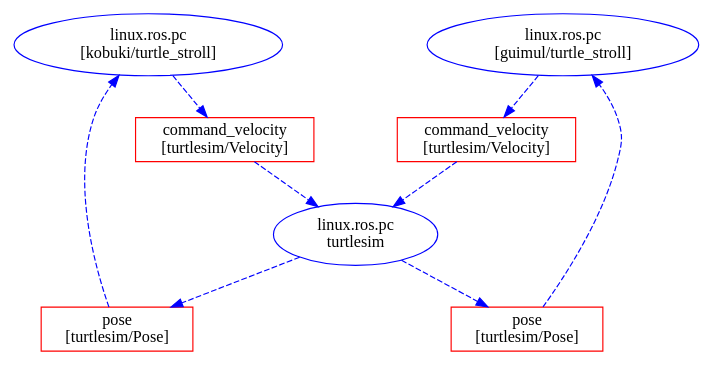
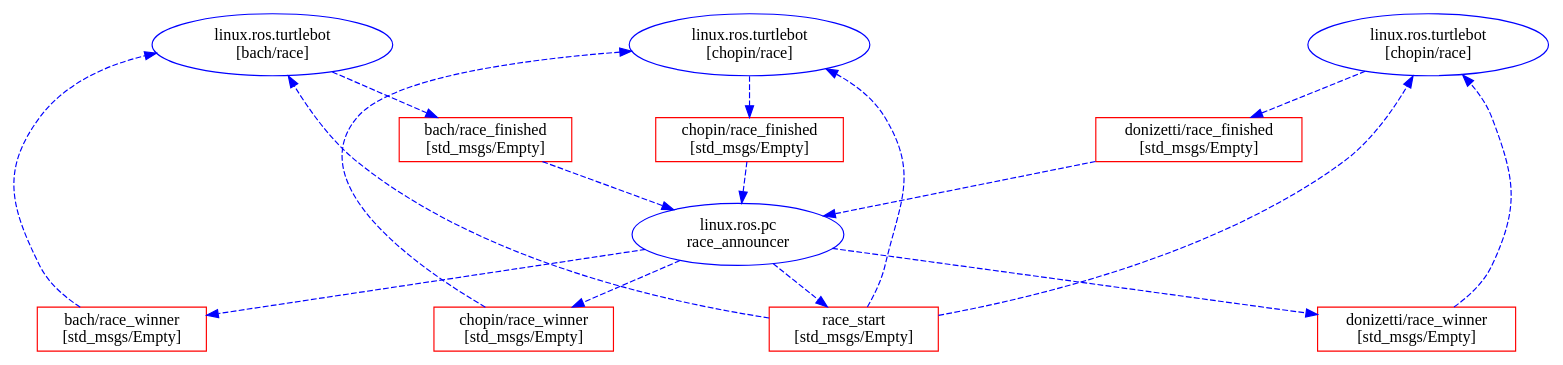
One commit to robotics-in-concert/rocon_tutorials changed the diagram in turtle_race_concert/orchestration/implementation.dot. Above: the diagram before and after it, drawn with Graphviz. The commit also changed 24 other files, not shown here.

Commit message:
turtle_race_concert mostly working - just need to squash a bad subscriber bug.

```diff
--- a/turtle_race_concert/orchestration/implementation.dot
+++ b/turtle_race_concert/orchestration/implementation.dot
@@ -1,33 +1,42 @@
 digraph hierarchy {
 
 	nodesep=1.0 // increases the separation between nodes
 
 	node [color=Red]
 	edge [color=Blue, style=dashed] //setup options
 
     // concert clients
-    kobuki [color=blue, shape=ellipse, label="linux.ros.pc\n[kobuki/turtle_stroll]"]
-    guimul [color=blue, shape=ellipse, label="linux.ros.pc\n[guimul/turtle_stroll]"]
-    turtlesim [color=blue, shape=ellipse, label="linux.ros.pc\nturtlesim"]
+    bach [color=blue, shape=ellipse, label="linux.ros.turtlebot\n[bach/race]"]
+    chopin [color=blue, shape=ellipse, label="linux.ros.turtlebot\n[chopin/race]"]
+    donizetti [color=blue, shape=ellipse, label="linux.ros.turtlebot\n[chopin/race]"]
+    announcer [color=blue, shape=ellipse, label="linux.ros.pc\nrace_announcer"]
  
     // topics
-    kobuki_pose [color=red, shape=box, label="pose\n[turtlesim/Pose]"]
-    kobuki_command_velocity [color=red, shape=box, label="command_velocity\n[turtlesim/Velocity]"]
-    guimul_pose [color=red, shape=box, label="pose\n[turtlesim/Pose]"]
-    guimul_command_velocity [color=red, shape=box, label="command_velocity\n[turtlesim/Velocity]"]
+    race_start [color=red, shape=box, label="race_start\n[std_msgs/Empty]"]
+    bach_race_finished [color=red, shape=box, label="bach/race_finished\n[std_msgs/Empty]"]
+    chopin_race_finished [color=red, shape=box, label="chopin/race_finished\n[std_msgs/Empty]"]
+    donizetti_race_finished [color=red, shape=box, label="donizetti/race_finished\n[std_msgs/Empty]"]
+    bach_race_winner [color=red, shape=box, label="bach/race_winner\n[std_msgs/Empty]"]
+    chopin_race_winner [color=red, shape=box, label="chopin/race_winner\n[std_msgs/Empty]"]
+    donizetti_race_winner [color=red, shape=box, label="donizetti/race_winner\n[std_msgs/Empty]"]
     
     // links
-	{rank = same; kobuki guimul }
+	{rank = same; bach chopin donizetti }
 	//{rank = same; clear_cmd_list set_cmd_list recognized_cmd}
-	kobuki->{ kobuki_command_velocity }
-    guimul->{ guimul_command_velocity }
-    kobuki_command_velocity->turtlesim
-    guimul_command_velocity->turtlesim
-    turtlesim->kobuki_pose
-    turtlesim->guimul_pose
-	kobuki_pose->kobuki
-    guimul_pose->guimul
-	
-	//{rank=same; John Jack} //they have the same rank
-	//John->Jack [dir=both] // but is still on the same level as Jack
+	announcer->{ race_start }
+	race_start->{ bach }
+    race_start->{ chopin }
+    race_start->{ donizetti }
+    bach->{ bach_race_finished }
+    chopin->{ chopin_race_finished }
+    donizetti->{ donizetti_race_finished }
+    bach_race_finished->{ announcer }
+    chopin_race_finished->{ announcer }
+    donizetti_race_finished->{ announcer }
+    bach_race_winner->{ bach }
+    chopin_race_winner->{ chopin }
+    donizetti_race_winner->{ donizetti }
+    announcer->{ bach_race_winner }
+    announcer->{ chopin_race_winner }
+    announcer->{ donizetti_race_winner }
 }
```
